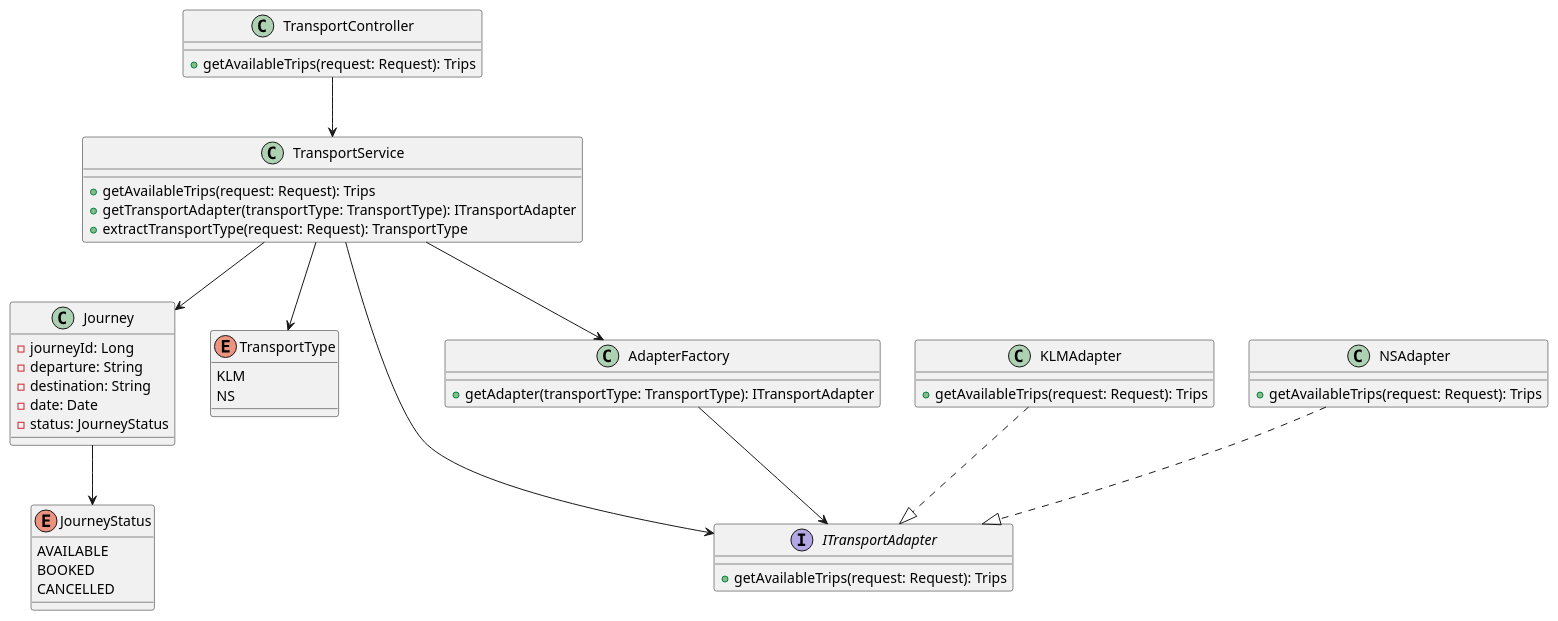
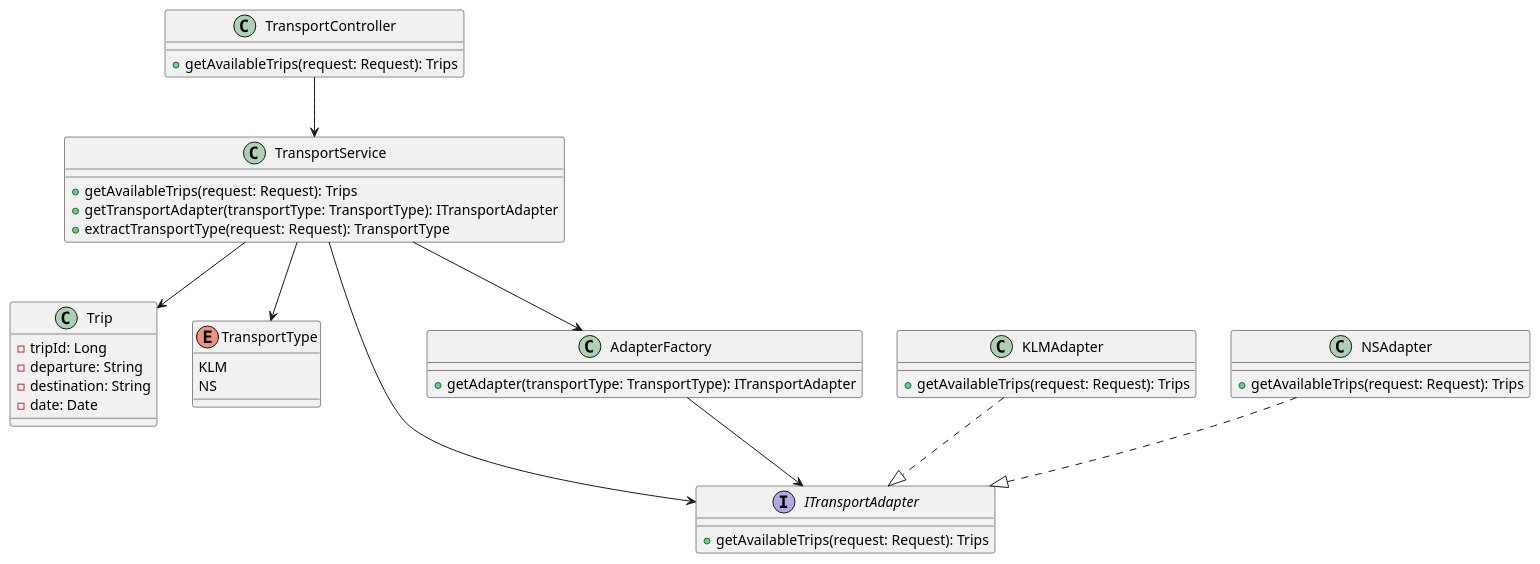
One commit to AIM-ENE-feb25/triptop-de-broederbond-fgs changed the diagram in groeps-uitwerkingen/week2/klassediagrammen/klassediagram-Felix.puml. Above: the diagram before and after it, drawn with PlantUML. The commit also changed 10 other files, not shown here.

```diff
--- a/groeps-uitwerkingen/week2/klassediagrammen/klassediagram-Felix.puml
+++ b/groeps-uitwerkingen/week2/klassediagrammen/klassediagram-Felix.puml
@@ -1,62 +1,54 @@
 @startuml
 
 class TransportController {
     +getAvailableTrips(request: Request): Trips
 }
 
 TransportController --> TransportService
 
 class TransportService {
     +getAvailableTrips(request: Request): Trips
     +getTransportAdapter(transportType: TransportType): ITransportAdapter
     +extractTransportType(request: Request): TransportType
 }
 
-class Journey {
-    - journeyId: Long
+class Trip {
+    - tripId: Long
     - departure: String
     - destination: String
     - date: Date
-    - status: JourneyStatus
-}
-
-enum JourneyStatus {
-    AVAILABLE
-    BOOKED
-    CANCELLED
 }
 
 enum TransportType {
     KLM
     NS
 }
 
 interface ITransportAdapter {
     +getAvailableTrips(request: Request): Trips
 }
 
 class KLMAdapter {
     +getAvailableTrips(request: Request): Trips
 }
 
 class NSAdapter {
     +getAvailableTrips(request: Request): Trips
 }
 
 class AdapterFactory {
     +getAdapter(transportType: TransportType): ITransportAdapter
 }
 
-TransportService --> Journey
-Journey --> JourneyStatus
+TransportService --> Trip
 
 KLMAdapter ..|> ITransportAdapter
 NSAdapter ..|> ITransportAdapter
 TransportService --> ITransportAdapter
 
 AdapterFactory --> ITransportAdapter
 TransportService --> AdapterFactory
 
 TransportService --> TransportType
 
 @enduml
```
